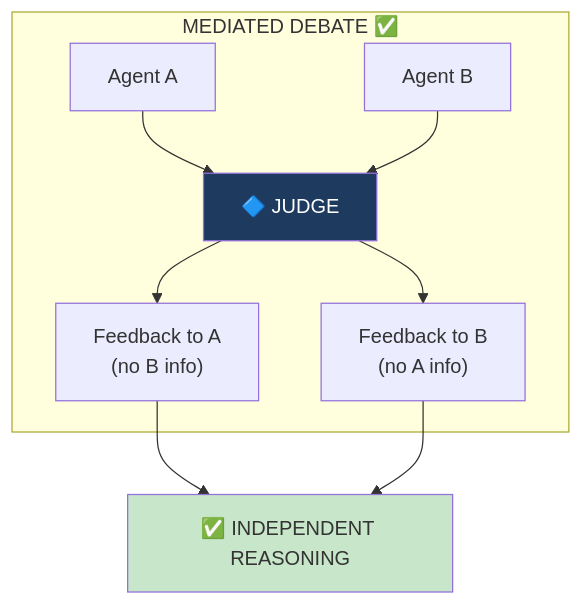
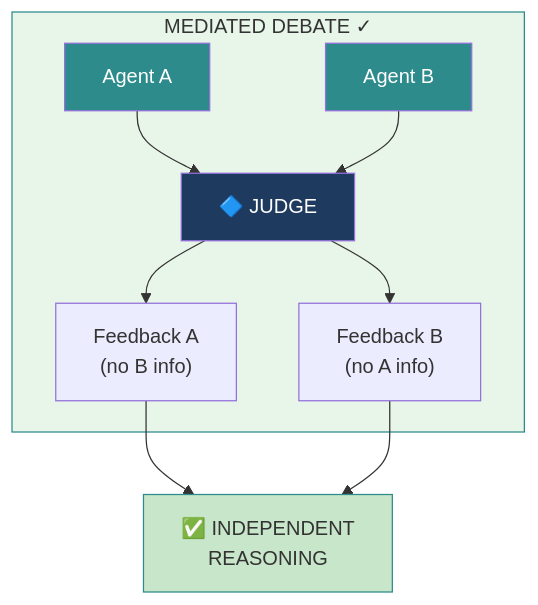
Before and after one commit to mikenk2010/COSC3009-Intelligent-Decision-Making-Advanced-IDM-Algorithm-Design: diagram 17 of 19 in PRESENTATION_OUTLINE.md, drawn with Mermaid. The commit also changed other lines of this file, not shown here.

````diff
--- a/PRESENTATION_OUTLINE.md
+++ b/PRESENTATION_OUTLINE.md
@@ -812,14 +996,17 @@
 ```mermaid
 flowchart TB
-    subgraph Solution["MEDIATED DEBATE ✅"]
+    subgraph Solution["MEDIATED DEBATE ✓"]
         A2["Agent A"] --> J["🔷 JUDGE"]
         B2["Agent B"] --> J
-        J --> FA["Feedback to A<br/>(no B info)"]
-        J --> FB["Feedback to B<br/>(no A info)"]
+        J --> FA["Feedback A<br/>(no B info)"]
+        J --> FB["Feedback B<br/>(no A info)"]
     end
-    FA --> Ind["✅ INDEPENDENT REASONING"]
+    FA --> Ind["✅ INDEPENDENT<br/>REASONING"]
     FB --> Ind
 
+    style Solution fill:#e8f5e9,stroke:#2d8b8b
     style J fill:#1e3a5f,color:#fff
-    style Ind fill:#c8e6c9
+    style A2 fill:#2d8b8b,color:#fff
+    style B2 fill:#2d8b8b,color:#fff
+    style Ind fill:#c8e6c9,stroke:#2d8b8b
 ```
````
